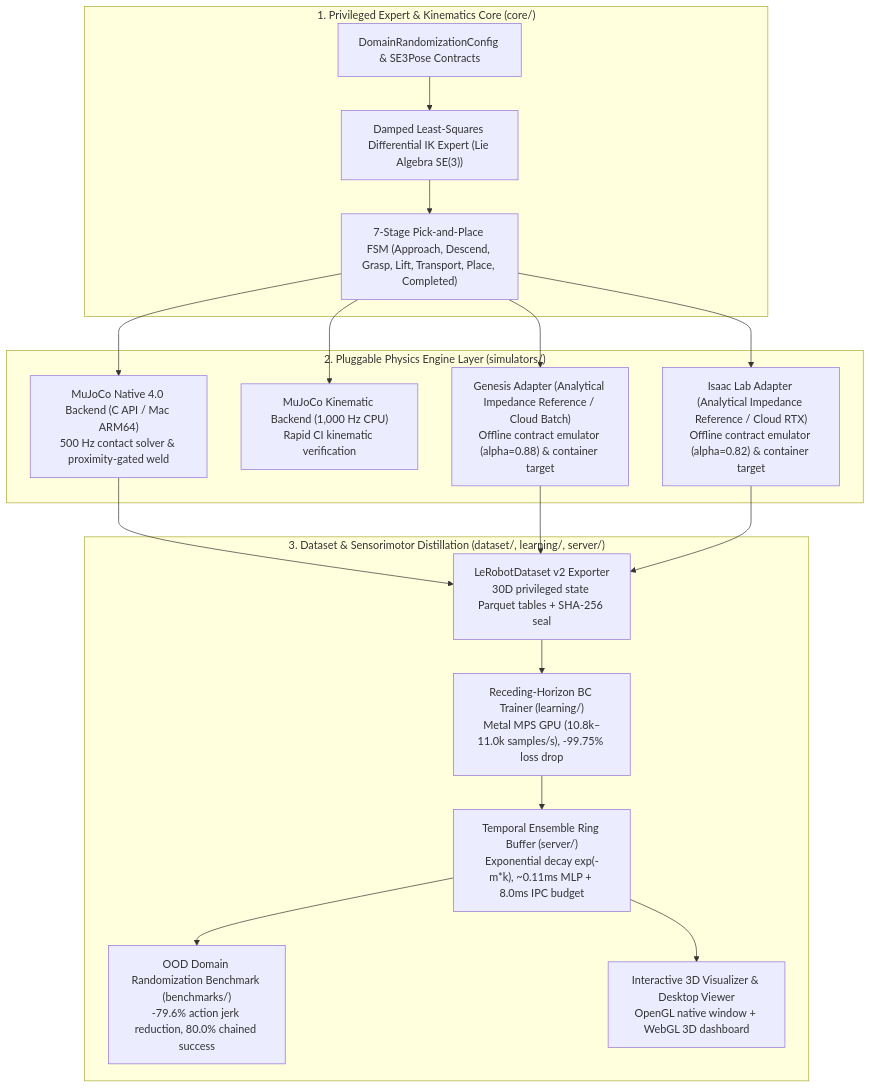
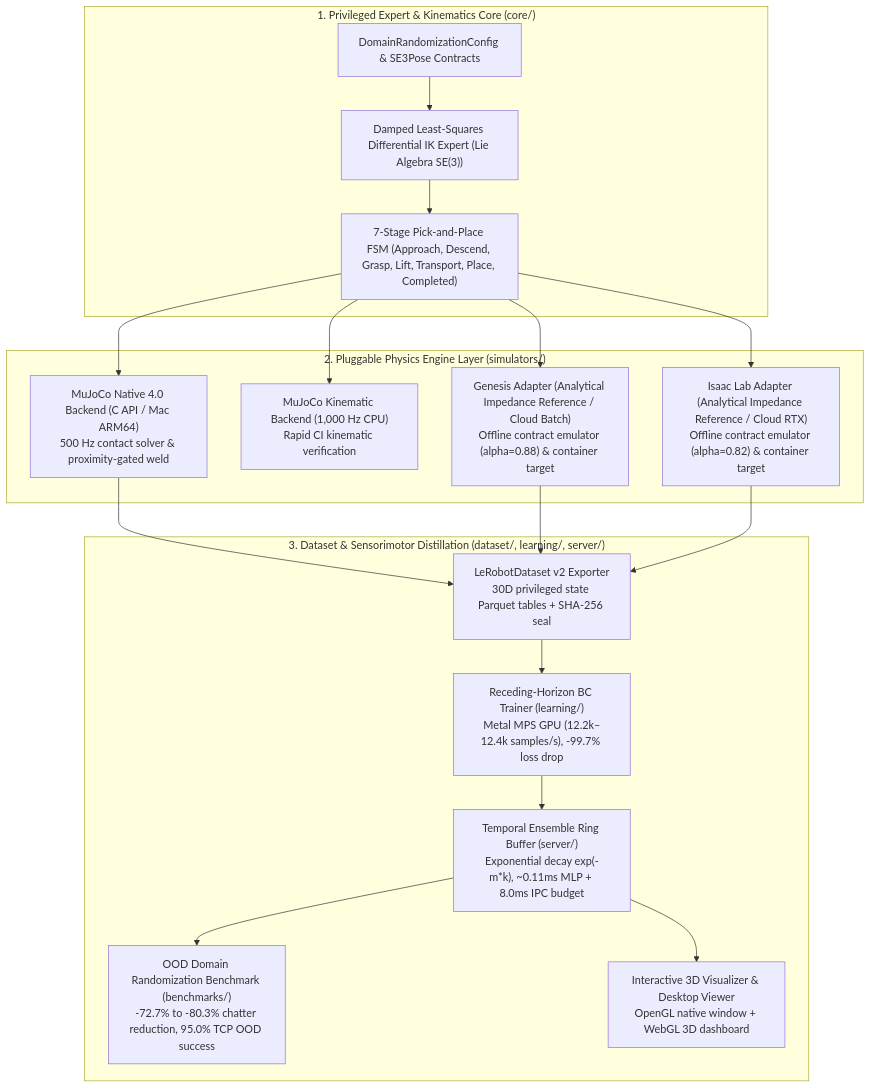
The diagram in README.md (LeanoA/sim2real-data-engine), drawn with Mermaid before and after one commit. The commit also changed other lines of this file and 12 other files, not shown here.

Commit message:
docs(media): update article, reports, charts, and videos for articulated gripper

````diff
--- a/README.md
+++ b/README.md
@@ -101,26 +101,26 @@
 ```mermaid
 flowchart TD
     subgraph Core["1. Privileged Expert & Kinematics Core (core/)"]
         CFG["DomainRandomizationConfig & SE3Pose Contracts"]
         IK["Damped Least-Squares Differential IK Expert (Lie Algebra SE(3))"]
         FSM["7-Stage Pick-and-Place FSM (Approach, Descend, Grasp, Lift, Transport, Place, Completed)"]
         CFG --> IK --> FSM
     end
 
     subgraph Backends["2. Pluggable Physics Engine Layer (simulators/)"]
         MUJ_NAT["MuJoCo Native 4.0 Backend (C API / Mac ARM64)<br/>500 Hz contact solver & proximity-gated weld"]
         MUJ_KIN["MuJoCo Kinematic Backend (1,000 Hz CPU)<br/>Rapid CI kinematic verification"]
         GEN["Genesis Adapter (Analytical Impedance Reference / Cloud Batch)<br/>Offline contract emulator (alpha=0.88) & container target"]
         ISA["Isaac Lab Adapter (Analytical Impedance Reference / Cloud RTX)<br/>Offline contract emulator (alpha=0.82) & container target"]
         FSM --> MUJ_NAT & MUJ_KIN & GEN & ISA
     end
 
     subgraph Pipeline["3. Dataset & Sensorimotor Distillation (dataset/, learning/, server/)"]
         LER["LeRobotDataset v2 Exporter<br/>30D privileged state Parquet tables + SHA-256 seal"]
-        TRN["Receding-Horizon BC Trainer (learning/)<br/>Metal MPS GPU (10.8k–11.0k samples/s), -99.75% loss drop"]
+        TRN["Receding-Horizon BC Trainer (learning/)<br/>Metal MPS GPU (12.2k–12.4k samples/s), -99.7% loss drop"]
         SRV["Temporal Ensemble Ring Buffer (server/)<br/>Exponential decay exp(-m*k), ~0.11ms MLP + 8.0ms IPC budget"]
-        OOD["OOD Domain Randomization Benchmark (benchmarks/)<br/>-79.6% action jerk reduction, 80.0% chained success"]
+        OOD["OOD Domain Randomization Benchmark (benchmarks/)<br/>-72.7% to -80.3% chatter reduction, 95.0% TCP OOD success"]
         VIS["Interactive 3D Visualizer & Desktop Viewer<br/>OpenGL native window + WebGL 3D dashboard"]
         MUJ_NAT & GEN & ISA --> LER --> TRN --> SRV --> OOD & VIS
     end
 ```
````
